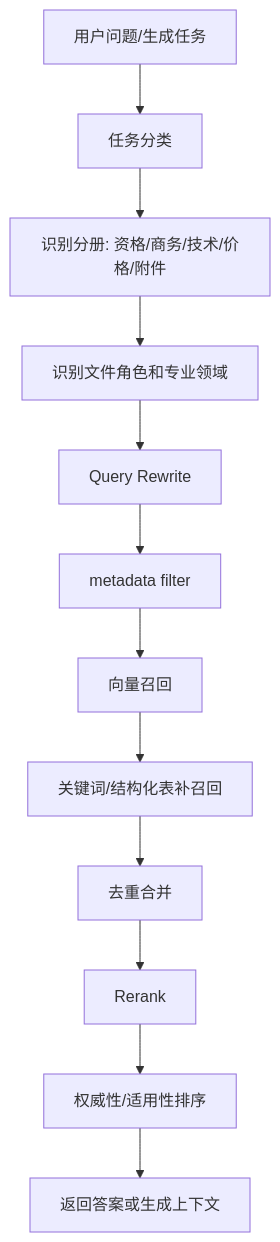
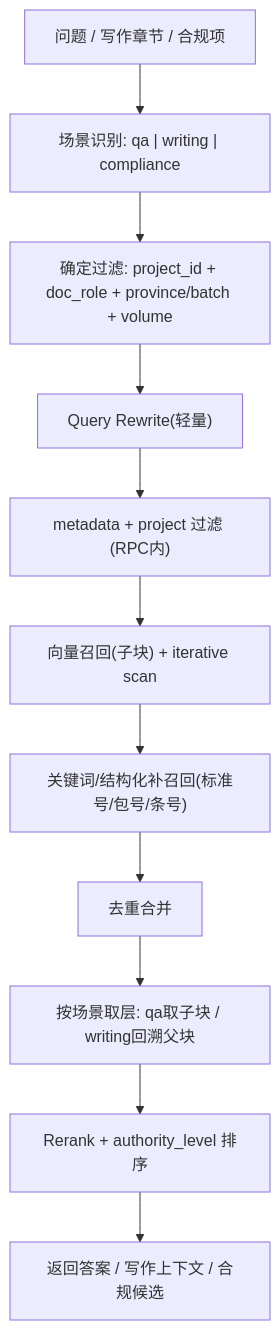
The second of 2 diagrams in feishu/docs/国家电网物资协议库存标书RAG技术路线评审稿.md (sunShineLoveMe/ai_bidding_power_grid), drawn with Mermaid before and after one commit. The commit also changed other lines of this file and 1 other file, not shown here.

````diff
--- a/feishu/docs/国家电网物资协议库存标书RAG技术路线评审稿.md
+++ b/feishu/docs/国家电网物资协议库存标书RAG技术路线评审稿.md
@@ -357,14 +286,13 @@
 ```mermaid
 flowchart TD
-    A["用户问题/生成任务"] --> B["任务分类"]
-    B --> C["识别分册: 资格/商务/技术/价格/附件"]
-    C --> D["识别文件角色和专业领域"]
-    D --> E["Query Rewrite"]
-    E --> F["metadata filter"]
-    F --> G["向量召回"]
-    G --> H["关键词/结构化表补召回"]
-    H --> I["去重合并"]
-    I --> J["Rerank"]
-    J --> K["权威性/适用性排序"]
-    K --> L["返回答案或生成上下文"]
+    A["问题 / 写作章节 / 合规项"] --> B["场景识别: qa | writing | compliance"]
+    B --> C["确定过滤: project_id + doc_role + province/batch + volume"]
+    C --> D["Query Rewrite(轻量)"]
+    D --> E["metadata + project 过滤 (RPC内)"]
+    E --> F["向量召回(子块) + iterative scan"]
+    F --> G["关键词/结构化补召回(标准号/包号/条号)"]
+    G --> H["去重合并"]
+    H --> I["按场景取层: qa取子块 / writing回溯父块"]
+    I --> J["Rerank + authority_level 排序"]
+    J --> K["返回答案 / 写作上下文 / 合规候选"]
 ```
````
